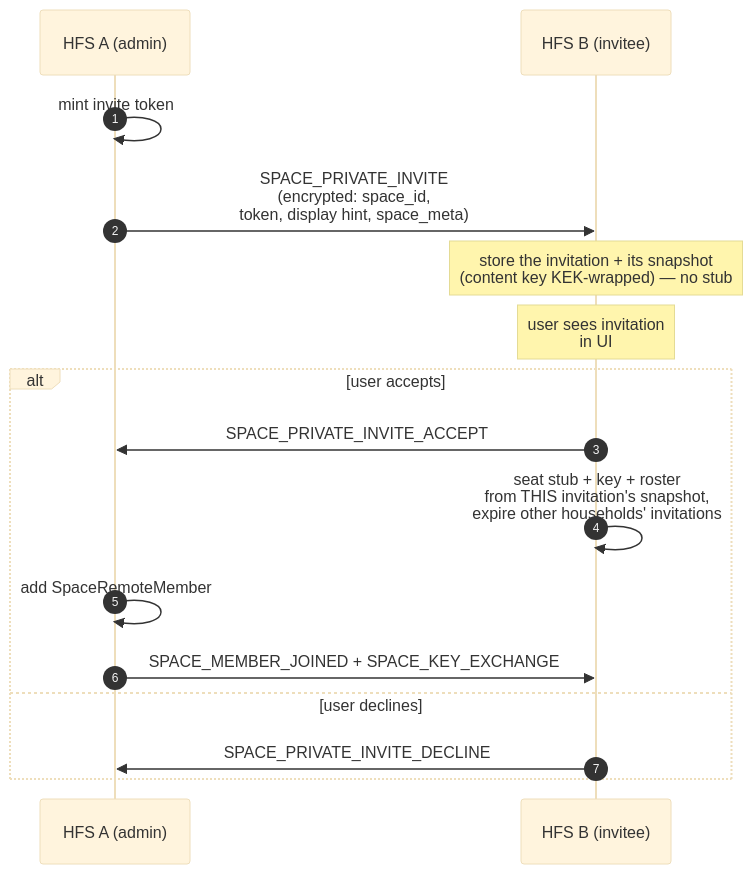
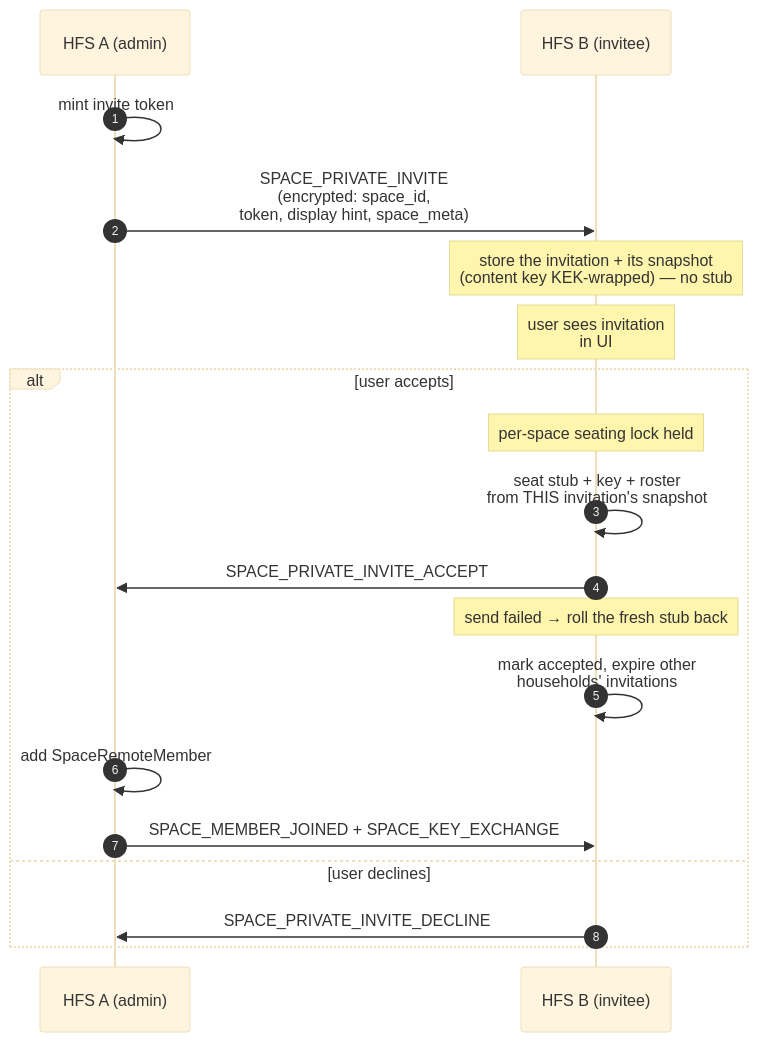
The sixth of 7 diagrams in docs/protocol/invites.md (social-home-io/socialhome), drawn with Mermaid (base theme) before and after one commit. The commit also changed other lines of this file and 17 other files, not shown here.

First line of the commit message:
Concurrent invitation accepts seat exactly one, and a delayed accept keeps the real owner

````diff
--- a/docs/protocol/invites.md
+++ b/docs/protocol/invites.md
@@ -1347,18 +1347,21 @@
 ```mermaid
 sequenceDiagram
     autonumber
     participant A as HFS A (admin)
     participant B as HFS B (invitee)
     A->>A: mint invite token
     A->>B: SPACE_PRIVATE_INVITE<br/>(encrypted: space_id,<br/>token, display hint, space_meta)
     Note over B: store the invitation + its snapshot<br/>(content key KEK-wrapped) — no stub
     Note over B: user sees invitation<br/>in UI
     alt user accepts
+        Note over B: per-space seating lock held
+        B->>B: seat stub + key + roster<br/>from THIS invitation's snapshot
         B->>A: SPACE_PRIVATE_INVITE_ACCEPT
-        B->>B: seat stub + key + roster<br/>from THIS invitation's snapshot,<br/>expire other households' invitations
+        Note over B: send failed → roll the fresh stub back
+        B->>B: mark accepted, expire other<br/>households' invitations
         A->>A: add SpaceRemoteMember
         A->>B: SPACE_MEMBER_JOINED + SPACE_KEY_EXCHANGE
     else user declines
         B->>A: SPACE_PRIVATE_INVITE_DECLINE
     end
 ```
````
